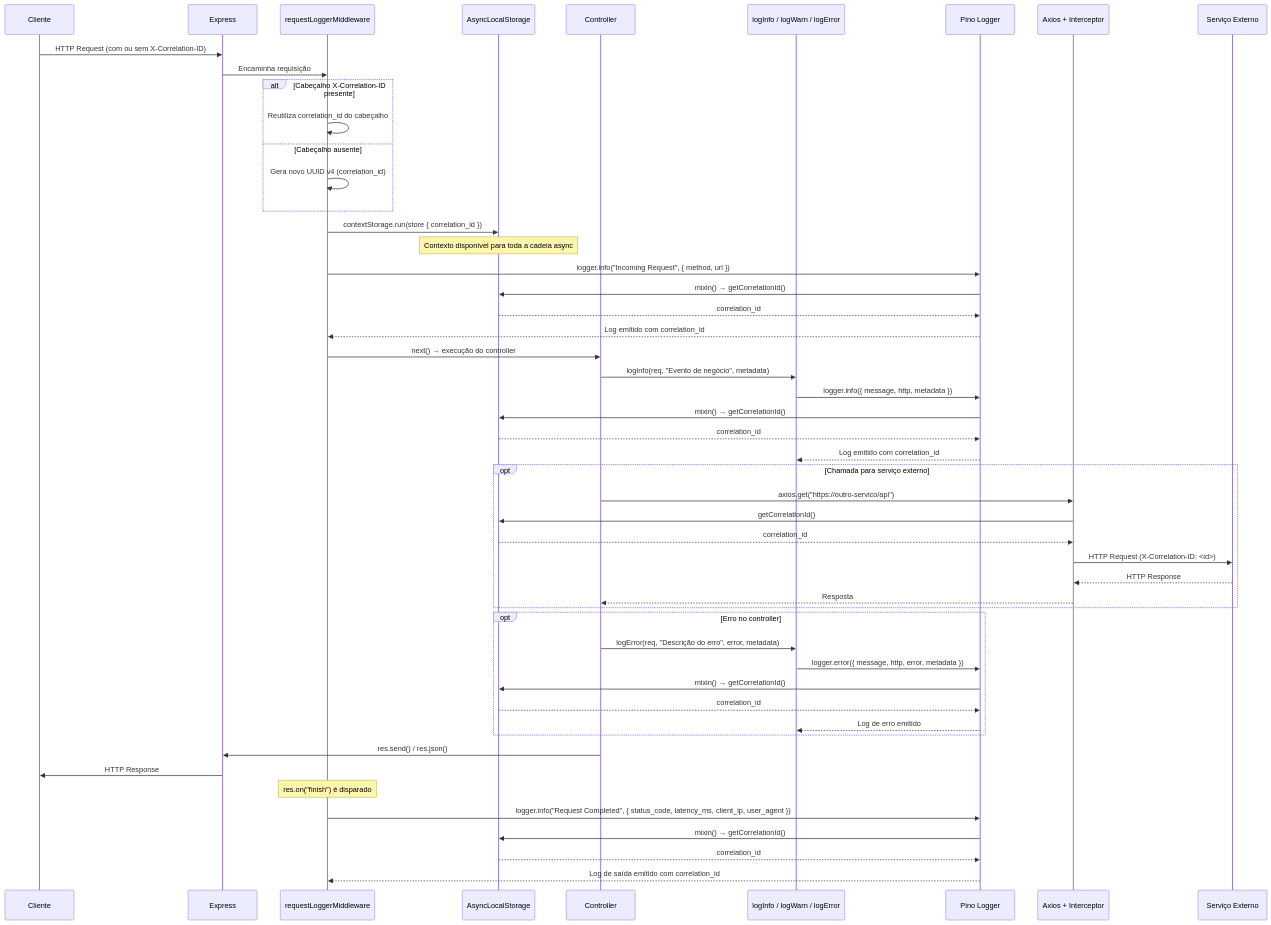
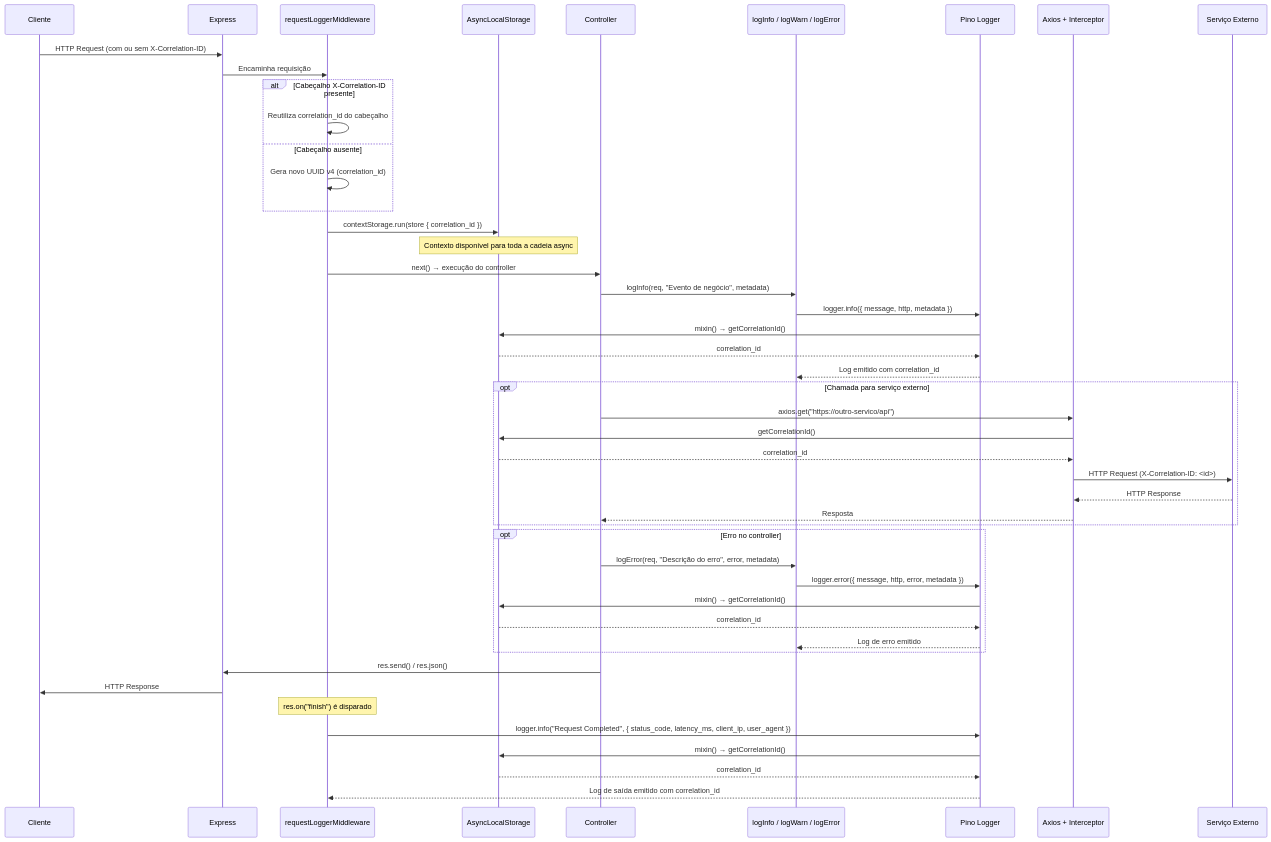
The diagram in docs/README.md (Fcsscoder/observability-lib), drawn with Mermaid before and after one commit. The commit also changed other lines of this file and 5 other files, not shown here.

First line of the commit message:
feat: ignora /health e /metrics no requestLoggerMiddleware

````diff
--- a/docs/README.md
+++ b/docs/README.md
@@ -168,63 +164,58 @@
 ```mermaid
 sequenceDiagram
     participant Cliente
     participant Express
     participant Middleware as requestLoggerMiddleware
     participant ALS as AsyncLocalStorage
     participant Controller
     participant Helpers as logInfo / logWarn / logError
     participant Logger as Pino Logger
     participant Axios as Axios + Interceptor
     participant ServicoExterno as Serviço Externo
 
     Cliente->>Express: HTTP Request (com ou sem X-Correlation-ID)
     Express->>Middleware: Encaminha requisição
 
     alt Cabeçalho X-Correlation-ID presente
         Middleware->>Middleware: Reutiliza correlation_id do cabeçalho
     else Cabeçalho ausente
         Middleware->>Middleware: Gera novo UUID v4 (correlation_id)
     end
 
     Middleware->>ALS: contextStorage.run(store { correlation_id })
     Note over ALS: Contexto disponível para toda a cadeia async
-
-    Middleware->>Logger: logger.info("Incoming Request", { method, url })
-    Logger->>ALS: mixin() → getCorrelationId()
-    ALS-->>Logger: correlation_id
-    Logger-->>Middleware: Log emitido com correlation_id
 
     Middleware->>Controller: next() → execução do controller
 
     Controller->>Helpers: logInfo(req, "Evento de negócio", metadata)
     Helpers->>Logger: logger.info({ message, http, metadata })
     Logger->>ALS: mixin() → getCorrelationId()
     ALS-->>Logger: correlation_id
     Logger-->>Helpers: Log emitido com correlation_id
 
     opt Chamada para serviço externo
         Controller->>Axios: axios.get("https://outro-servico/api")
         Axios->>ALS: getCorrelationId()
         ALS-->>Axios: correlation_id
         Axios->>ServicoExterno: HTTP Request (X-Correlation-ID: <id>)
         ServicoExterno-->>Axios: HTTP Response
         Axios-->>Controller: Resposta
     end
 
     opt Erro no controller
         Controller->>Helpers: logError(req, "Descrição do erro", error, metadata)
         Helpers->>Logger: logger.error({ message, http, error, metadata })
         Logger->>ALS: mixin() → getCorrelationId()
         ALS-->>Logger: correlation_id
         Logger-->>Helpers: Log de erro emitido
     end
 
     Controller->>Express: res.send() / res.json()
     Express->>Cliente: HTTP Response
 
     Note over Middleware: res.on("finish") é disparado
     Middleware->>Logger: logger.info("Request Completed", { status_code, latency_ms, client_ip, user_agent })
     Logger->>ALS: mixin() → getCorrelationId()
     ALS-->>Logger: correlation_id
     Logger-->>Middleware: Log de saída emitido com correlation_id
 ```
````
